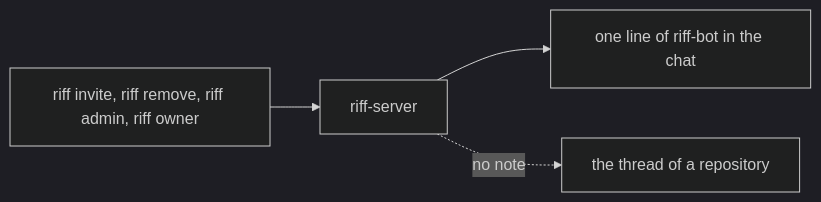
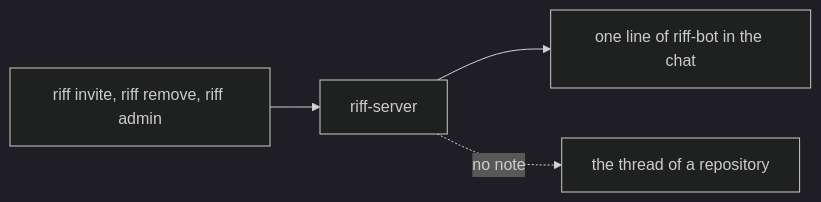
Before and after one commit to como-technologies/riff: the fifth of 6 diagrams in docs/src/start-a-team-riff.md, drawn with Mermaid (dark theme). The commit also changed other lines of this file and 104 other files, not shown here.

First line of the commit message:
The owner goes into the admin: each admin does what the owner did

````diff
--- a/docs/src/start-a-team-riff.md
+++ b/docs/src/start-a-team-riff.md
@@ -437,6 +431,6 @@
 ```mermaid
 flowchart LR
-    C[riff invite, riff remove, riff admin, riff owner] --> S[riff-server]
+    C[riff invite, riff remove, riff admin] --> S[riff-server]
     S --> L["one line of riff-bot in the chat"]
     S -. no note .-> R[the thread of a repository]
 ```
````
